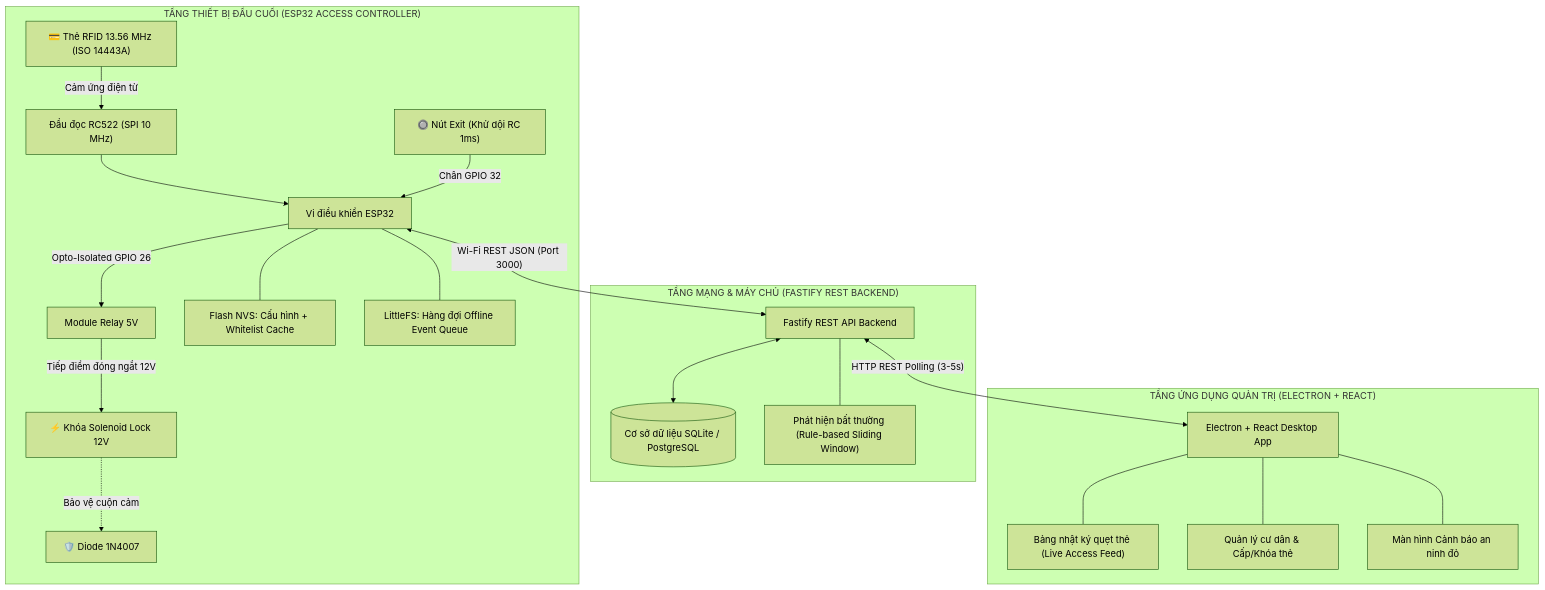
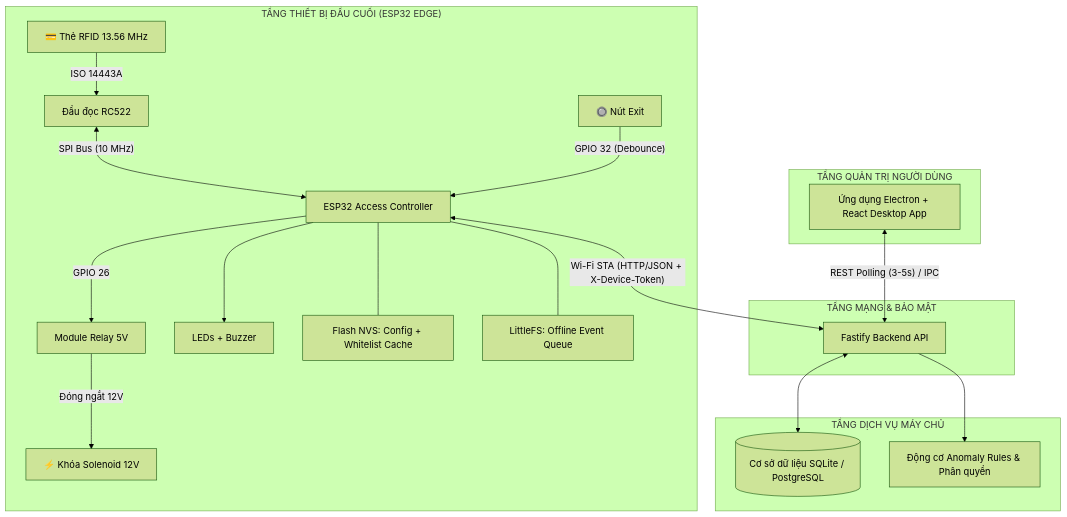
Before and after one commit to NguyenHoangUy1305/iot-rfid-access-control: the second of 5 diagrams in docs/SO_DO_KY_THUAT_VA_LY_THUYET.md, drawn with Mermaid (forest theme). The commit also changed other lines of this file and 1 other file, not shown here.

Commit message:
docs: upgrade Project 1 roadmap and technical schematics to 10/10 standard

````diff
--- a/docs/SO_DO_KY_THUAT_VA_LY_THUYET.md
+++ b/docs/SO_DO_KY_THUAT_VA_LY_THUYET.md
@@ -229,26 +273,26 @@
 ```mermaid
 graph TB
-    subgraph Edge_Hardware ["TẦNG THIẾT BỊ ĐẦU CUỐI (ESP32 ACCESS CONTROLLER)"]
-        Card["💳 Thẻ RFID 13.56 MHz (ISO 14443A)"] -->|"Cảm ứng điện từ"| RC522["Đầu đọc RC522 (SPI 10 MHz)"]
-        RC522 --> ESP32["Vi điều khiển ESP32"]
-        ExitBtn["🔘 Nút Exit (Khử dội RC 1ms)"] -->|"Chân GPIO 32"| ESP32
-        ESP32 -->|"Opto-Isolated GPIO 26"| Relay["Module Relay 5V"]
-        Relay -->|"Tiếp điểm đóng ngắt 12V"| Solenoid["⚡ Khóa Solenoid Lock 12V"]
-        Solenoid -.->|"Bảo vệ cuộn cảm"| Diode["🛡️ Diode 1N4007"]
-        ESP32 --- NVS["Flash NVS: Cấu hình + Whitelist Cache"]
-        ESP32 --- LittleFS["LittleFS: Hàng đợi Offline Event Queue"]
+    subgraph Edge ["TẦNG THIẾT BỊ ĐẦU CUỐI (ESP32 EDGE)"]
+        Card["💳 Thẻ RFID 13.56 MHz"] -->|"ISO 14443A"| RC522["Đầu đọc RC522"]
+        RC522 <-->|"SPI Bus (10 MHz)"| ESP32["ESP32 Access Controller"]
+        Exit["🔘 Nút Exit"] -->|"GPIO 32 (Debounce)"| ESP32
+        ESP32 -->|"GPIO 26"| Relay["Module Relay 5V"]
+        Relay -->|"Đóng ngắt 12V"| Lock["⚡ Khóa Solenoid 12V"]
+        ESP32 --> Indicators["LEDs + Buzzer"]
+        ESP32 --- NVS["Flash NVS: Config + Whitelist Cache"]
+        ESP32 --- LittleFS["LittleFS: Offline Event Queue"]
     end
 
-    subgraph Network_Backend ["TẦNG MẠNG & MÁY CHỦ (FASTIFY REST BACKEND)"]
-        ESP32 <-->|"Wi-Fi REST JSON (Port 3000)"| Fastify["Fastify REST API Backend"]
-        Fastify <--> DB[("Cơ sở dữ liệu SQLite / PostgreSQL")]
-        Fastify --- Anomaly["Phát hiện bất thường (Rule-based Sliding Window)"]
+    subgraph Network ["TẦNG MẠNG & BẢO MẬT"]
+        ESP32 <-->|"Wi-Fi STA (HTTP/JSON + X-Device-Token)"| Fastify["Fastify Backend API"]
     end
 
-    subgraph Desktop_Client ["TẦNG ỨNG DỤNG QUẢN TRỊ (ELECTRON + REACT)"]
-        Fastify <-->|"HTTP REST Polling (3-5s)"| Electron["Electron + React Desktop App"]
-        Electron --- Logs["Bảng nhật ký quẹt thẻ (Live Access Feed)"]
-        Electron --- CardManager["Quản lý cư dân & Cấp/Khóa thẻ"]
-        Electron --- AlertScreen["Màn hình Cảnh báo an ninh đỏ"]
+    subgraph Cloud ["TẦNG DỊCH VỤ MÁY CHỦ"]
+        Fastify <--> DB[("Cơ sở dữ liệu SQLite / PostgreSQL")]
+        Fastify --> Engine["Động cơ Anomaly Rules & Phân quyền"]
+    end
+
+    subgraph Management ["TẦNG QUẢN TRỊ NGƯỜI DÙNG"]
+        Desktop["Ứng dụng Electron + React Desktop App"] <-->|"REST Polling (3-5s) / IPC"| Fastify
     end
 ```
````
